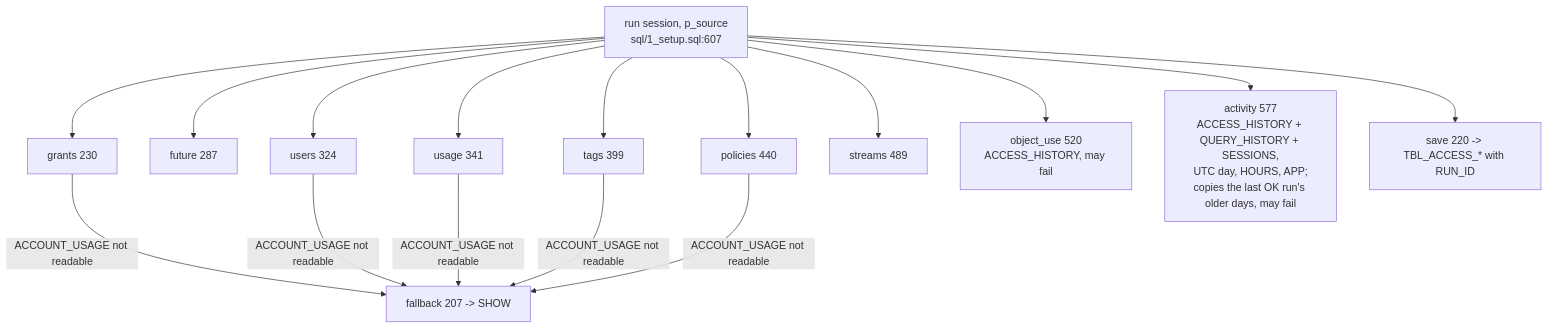
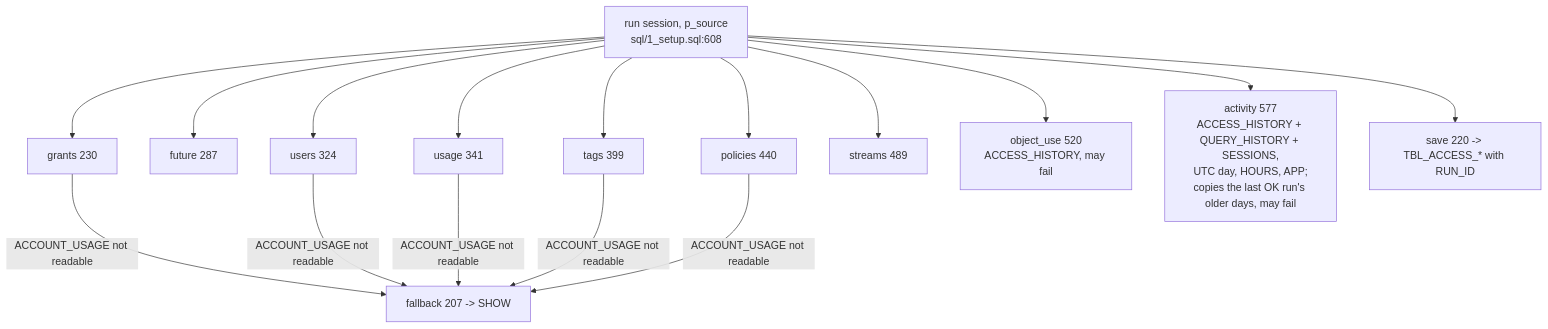
Before and after one commit to darshanmeel/snowflake-access-explorer: the second of 2 diagrams in snowflake-access-explorer-knowledge-graph/modules/sql.md, drawn with Mermaid. The commit also changed other lines of this file and 67 other files, not shown here.

Commit message:
Knowledge graph: QUERY_TAG and STREAMLIT_APP settings, run_sql.py fallback, access.py line refs after 4386 corrected

````diff
--- a/snowflake-access-explorer-knowledge-graph/modules/sql.md
+++ b/snowflake-access-explorer-knowledge-graph/modules/sql.md
@@ -49,14 +51,14 @@
 ```mermaid
 flowchart TD
-  RUN[run session, p_source<br/>sql/1_setup.sql:607] --> G[grants 230]
+  RUN[run session, p_source<br/>sql/1_setup.sql:608] --> G[grants 230]
   RUN --> FU[future 287]
   RUN --> U[users 324]
   RUN --> US[usage 341]
   RUN --> TG[tags 399]
   RUN --> PO[policies 440]
   RUN --> STR[streams 489]
   RUN --> OU[object_use 520<br/>ACCESS_HISTORY, may fail]
   RUN --> AC[activity 577<br/>ACCESS_HISTORY + QUERY_HISTORY + SESSIONS,<br/>UTC day, HOURS, APP;<br/>copies the last OK run's older days, may fail]
   G & U & US & TG & PO -->|ACCOUNT_USAGE not readable| FB[fallback 207 -> SHOW]
   RUN --> SV[save 220 -> TBL_ACCESS_* with RUN_ID]
 ```
````
